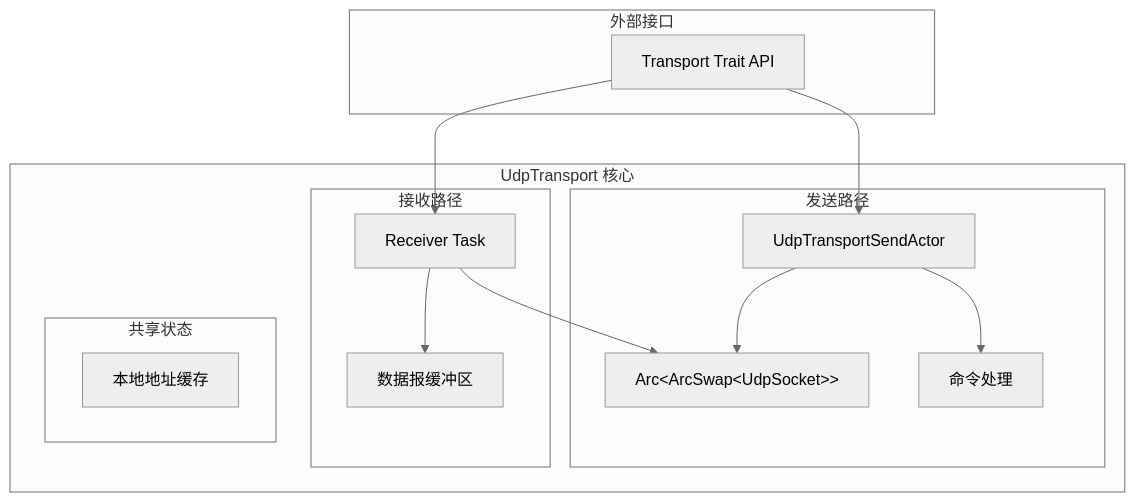
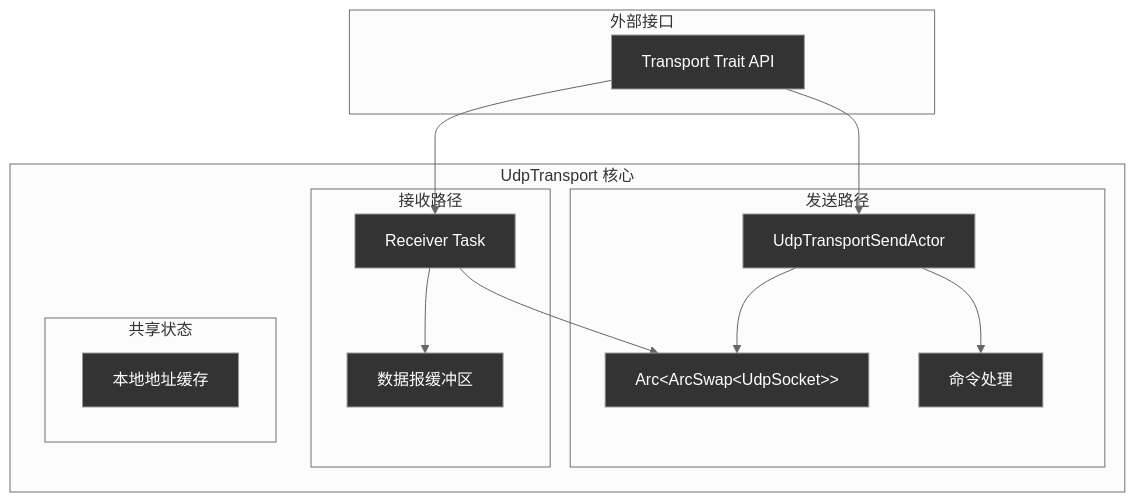
Before and after one commit to ShaoG-R/kestrel-protocol: the second of 2 diagrams in docs/src/dev-docs/components/transport-layer.md, drawn with Mermaid (neutral theme). The commit also changed other lines of this file and 5 other files, not shown here.

````diff
--- a/docs/src/dev-docs/components/transport-layer.md
+++ b/docs/src/dev-docs/components/transport-layer.md
@@ -218,24 +229,33 @@
 ```mermaid
 graph TD
     subgraph "UdpTransport 核心"
         subgraph "发送路径"
             A[UdpTransportSendActor] --> D[共享UDP套接字]
             A --> E[命令处理]
         end
         
         subgraph "接收路径" 
             B[Receiver Task] --> D
             B --> F[数据报缓冲区]
         end
         
         subgraph "共享状态"
             D[Arc&lt;ArcSwap&lt;UdpSocket&gt;&gt;]
             G[本地地址缓存]
         end
     end
     
     subgraph "外部接口"
         H[Transport Trait API] --> A
         H --> B
     end
+
+    style A fill:#333,color:#fff
+    style B fill:#333,color:#fff
+    style D fill:#333,color:#fff
+    style E fill:#333,color:#fff
+    style F fill:#333,color:#fff
+    style G fill:#333,color:#fff
+    style H fill:#333,color:#fff
+	
 ```
````
